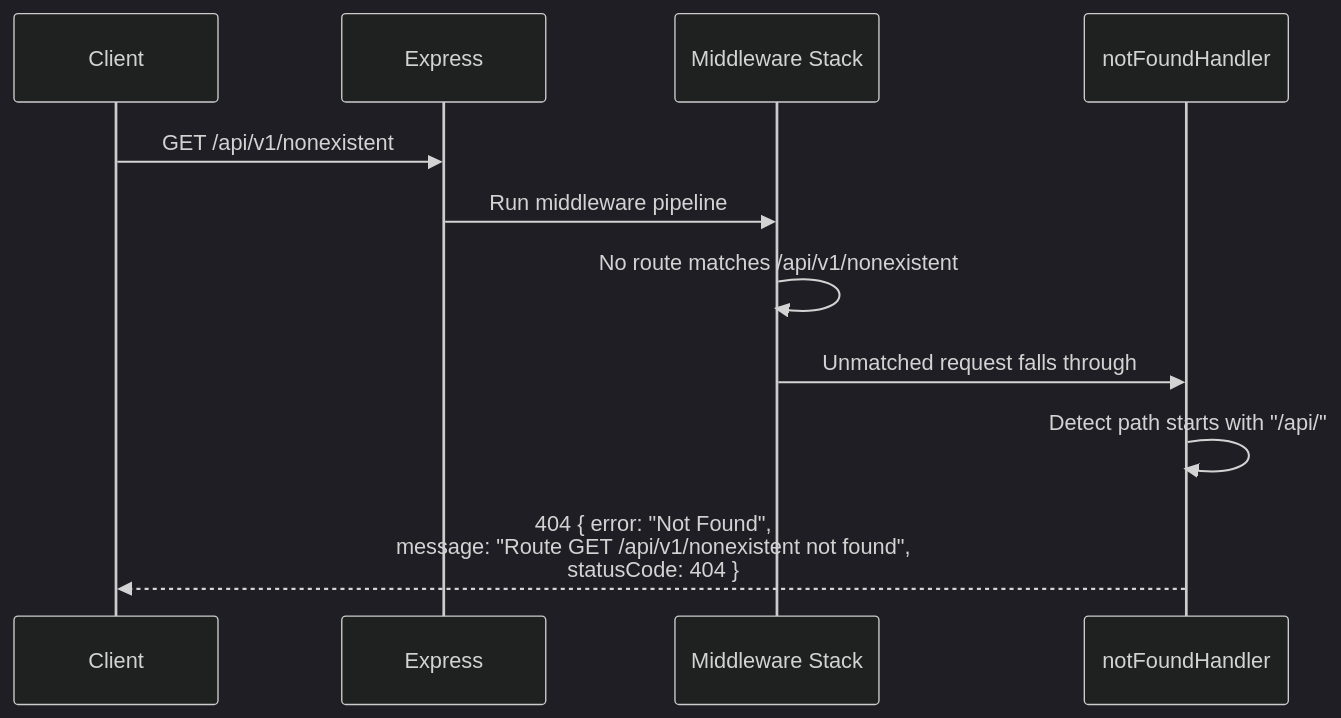
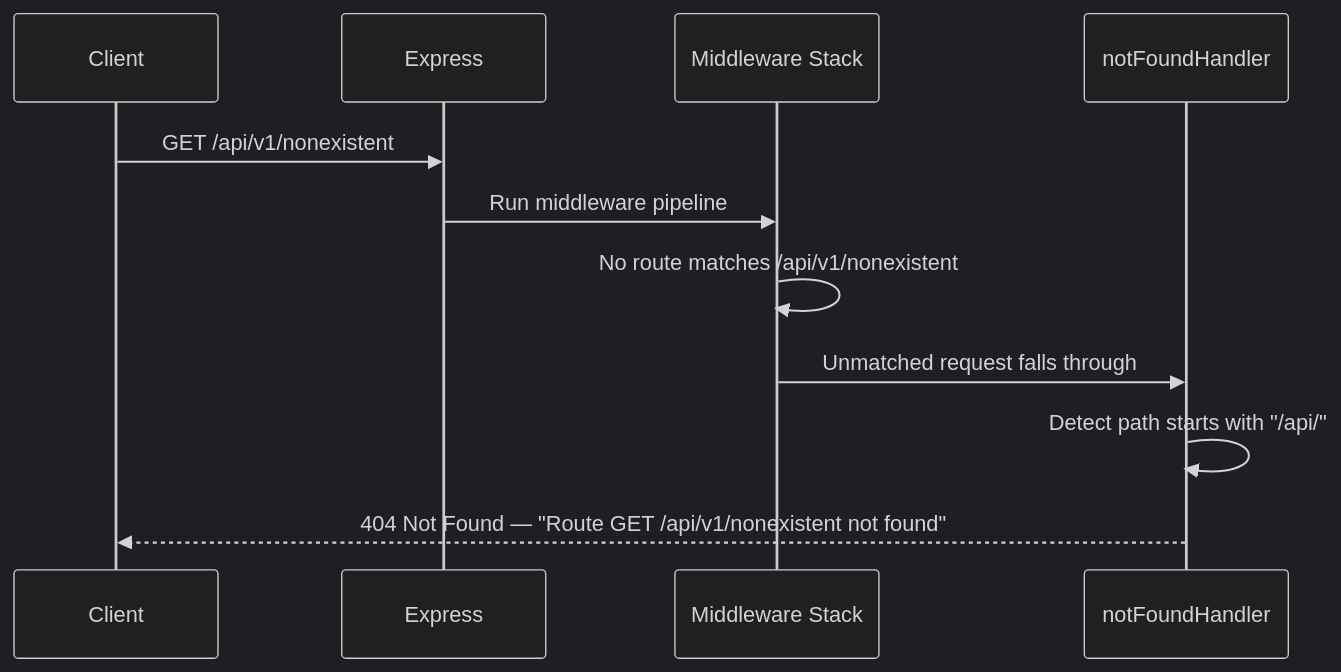
The second of 4 diagrams in documentation/diagrams/seq-error-handling.md (coakenfold/p-100226), drawn with Mermaid (dark theme) before and after one commit. The commit also changed other lines of this file and 3 other files, not shown here.

Commit message:
feat: sequence diagrams refactor/fix

````diff
--- a/documentation/diagrams/seq-error-handling.md
+++ b/documentation/diagrams/seq-error-handling.md
@@ -33,18 +33,18 @@
 ```mermaid
 sequenceDiagram
     participant C as Client
     participant E as Express
     participant MW as Middleware Stack
     participant NF as notFoundHandler
 
     C->>E: GET /api/v1/nonexistent
 
     E->>MW: Run middleware pipeline
     MW->>MW: No route matches /api/v1/nonexistent
 
     MW->>NF: Unmatched request falls through
 
     NF->>NF: Detect path starts with "/api/"
 
-    NF-->>C: 404 { error: "Not Found",<br/>message: "Route GET /api/v1/nonexistent not found",<br/>statusCode: 404 }
+    NF-->>C: 404 Not Found — "Route GET /api/v1/nonexistent not found"
 ```
````
